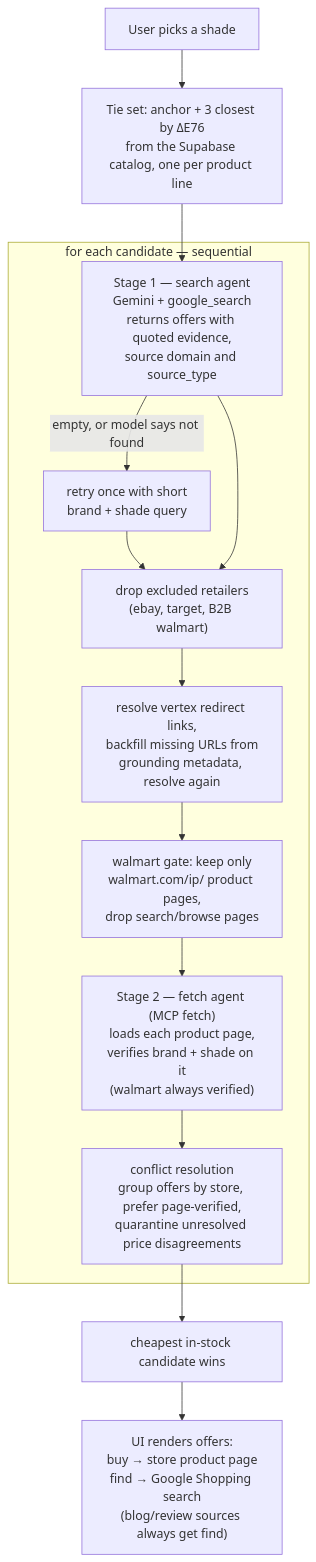
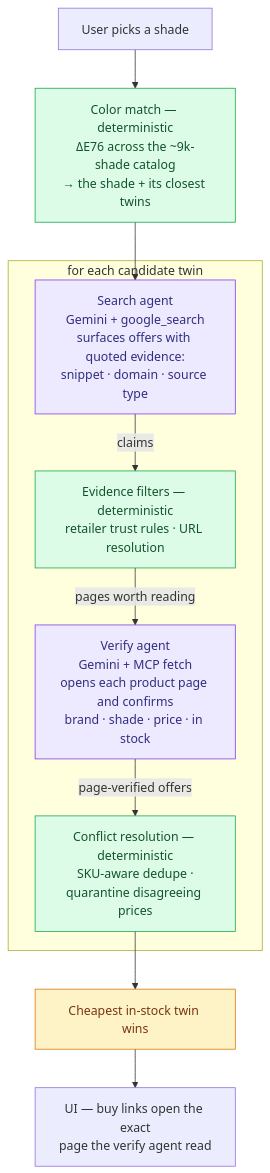
The diagram in README.md (LipstickByColor/lipstick-twin-agent-), drawn with Mermaid before and after one commit. The commit also changed other lines of this file, not shown here.

Commit message:
Improve README: rubric mapping table, clearer architecture diagram, tighter prose

````diff
--- a/README.md
+++ b/README.md
@@ -135,17 +148,20 @@
 ```mermaid
 flowchart TD
-    Q["User picks a shade"] --> T["Tie set: anchor + 3 closest by ΔE76<br/>from the Supabase catalog, one per product line"]
-    T --> S1
-    subgraph CAND["for each candidate — sequential"]
-        S1["Stage 1 — search agent<br/>Gemini + google_search<br/>returns offers with quoted evidence,<br/>source domain and source_type"]
-        S1 -- "empty, or model says not found" --> RT["retry once with short<br/>brand + shade query"]
-        RT --> EX
-        S1 --> EX["drop excluded retailers<br/>(ebay, target, B2B walmart)"]
-        EX --> URL["resolve vertex redirect links,<br/>backfill missing URLs from<br/>grounding metadata, resolve again"]
-        URL --> WM["walmart gate: keep only<br/>walmart.com/ip/ product pages,<br/>drop search/browse pages"]
-        WM --> S2["Stage 2 — fetch agent (MCP fetch)<br/>loads each product page,<br/>verifies brand + shade on it<br/>(walmart always verified)"]
-        S2 --> CR["conflict resolution<br/>group offers by store, prefer page-verified,<br/>quarantine unresolved price disagreements"]
+    U["User picks a shade"] --> TIE["Color match — deterministic<br/>ΔE76 across the ~9k-shade catalog<br/>→ the shade + its closest twins"]
+    TIE --> S1
+    subgraph LOOP["for each candidate twin"]
+        S1["Search agent<br/>Gemini + google_search<br/>surfaces offers with quoted evidence:<br/>snippet · domain · source type"]
+        S1 -- "claims" --> FLT["Evidence filters — deterministic<br/>retailer trust rules · URL resolution"]
+        FLT -- "pages worth reading" --> S2["Verify agent<br/>Gemini + MCP fetch<br/>opens each product page and confirms<br/>brand · shade · price · in stock"]
+        S2 -- "page-verified offers" --> CR["Conflict resolution — deterministic<br/>SKU-aware dedupe ·<br/>quarantine disagreeing prices"]
     end
-    CR --> W["cheapest in-stock candidate wins"]
-    W --> UI["UI renders offers:<br/>buy → store product page<br/>find → Google Shopping search<br/>(blog/review sources always get find)"]
+    CR --> WIN["Cheapest in-stock twin wins"]
+    WIN --> UI["UI — buy links open the exact<br/>page the verify agent read"]
+
+    classDef agent fill:#ede9fe,stroke:#7c3aed,color:#312e81
+    classDef det fill:#dcfce7,stroke:#16a34a,color:#14532d
+    classDef outcome fill:#fef3c7,stroke:#d97706,color:#78350f
+    class S1,S2 agent
+    class TIE,FLT,CR det
+    class WIN outcome
 ```
````
